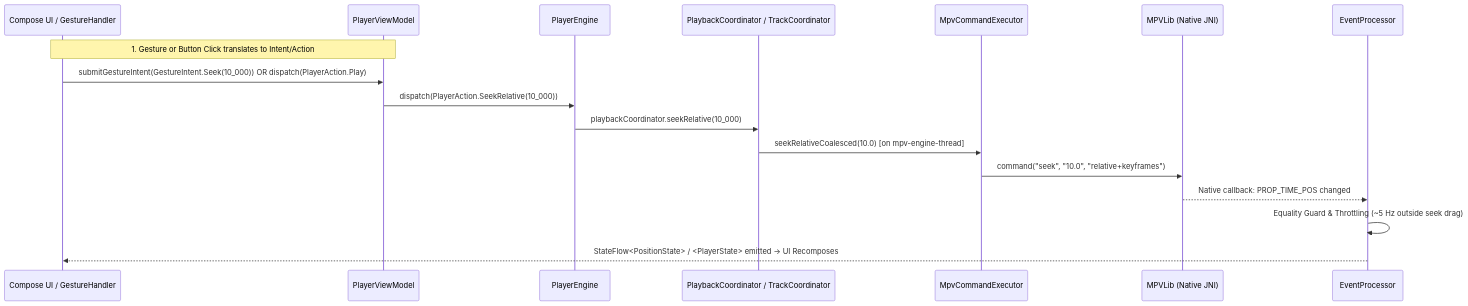
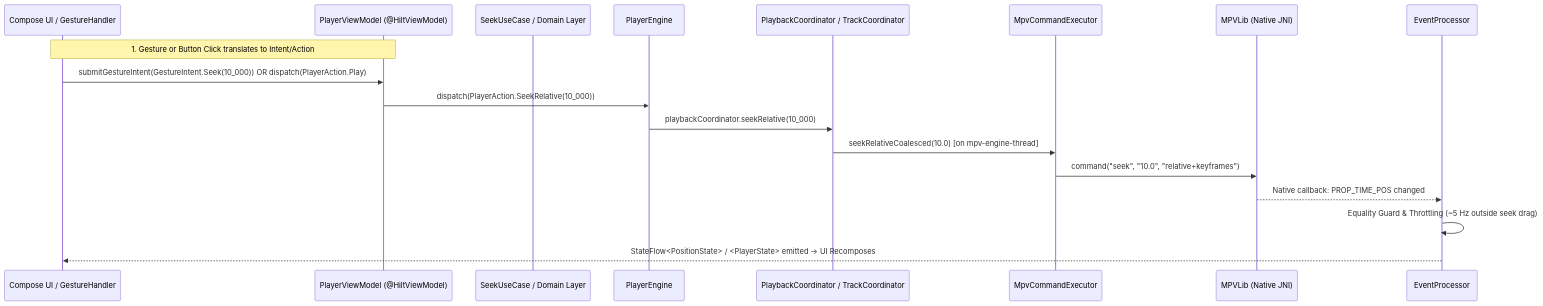
One commit to tapman104/potato-diff-v3 changed the second of 2 diagrams in map.md. Above: the diagram before and after it, drawn with Mermaid. The commit also changed other lines of this file and 3 other files, not shown here.

Commit message:
refactor: implement Hilt dependency injection, update project architecture documentation, and remove obsolete log analysis files.

````diff
--- a/map.md
+++ b/map.md
@@ -202,20 +237,21 @@
 ```mermaid
 sequenceDiagram
     participant UI as Compose UI / GestureHandler
-    participant VM as PlayerViewModel
+    participant VM as PlayerViewModel (@HiltViewModel)
+    participant DOM as SeekUseCase / Domain Layer
     participant ENG as PlayerEngine
     participant COORD as PlaybackCoordinator / TrackCoordinator
     participant EX as MpvCommandExecutor
     participant LIB as MPVLib (Native JNI)
     participant EP as EventProcessor
 
     Note over UI,VM: 1. Gesture or Button Click translates to Intent/Action
     UI->>VM: submitGestureIntent(GestureIntent.Seek(10_000)) OR dispatch(PlayerAction.Play)
     VM->>ENG: dispatch(PlayerAction.SeekRelative(10_000))
     ENG->>COORD: playbackCoordinator.seekRelative(10_000)
     COORD->>EX: seekRelativeCoalesced(10.0) [on mpv-engine-thread]
     EX->>LIB: command("seek", "10.0", "relative+keyframes")
     LIB-->>EP: Native callback: PROP_TIME_POS changed
     EP->>EP: Equality Guard & Throttling (~5 Hz outside seek drag)
     EP-->>UI: StateFlow<PositionState> / <PlayerState> emitted -> UI Recomposes
 ```
````
